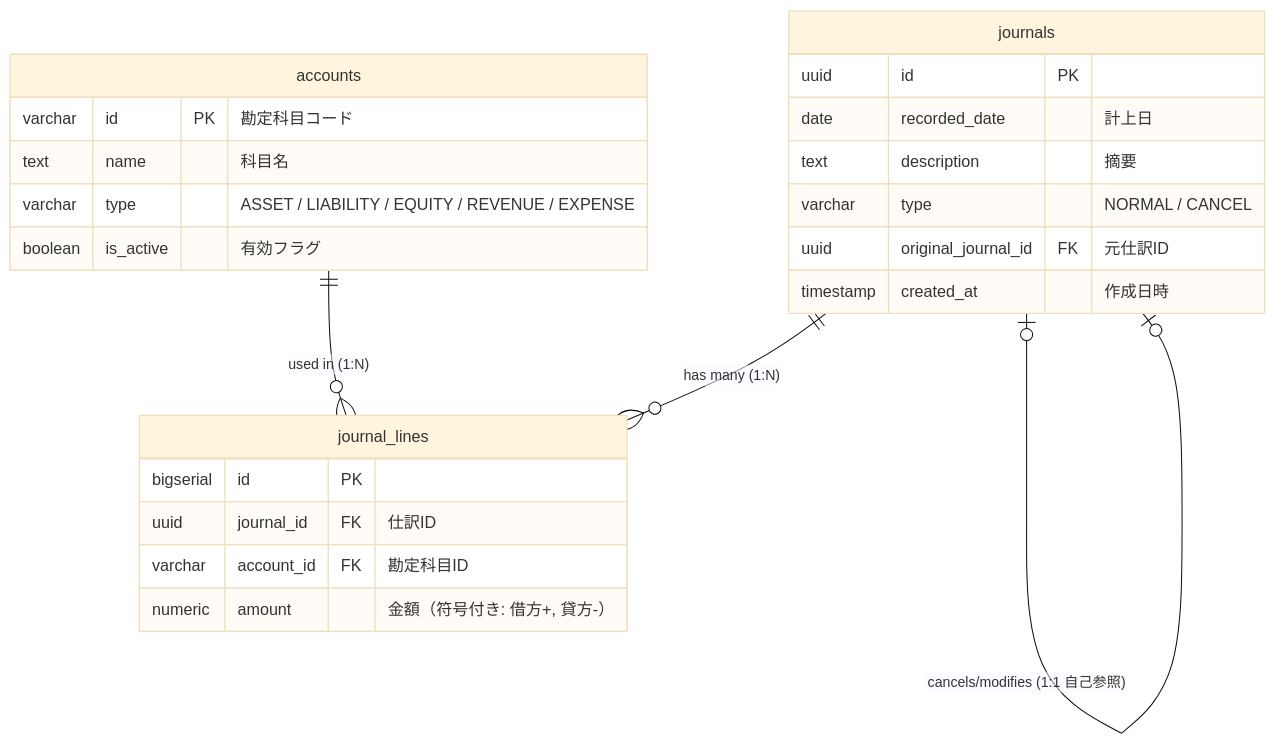
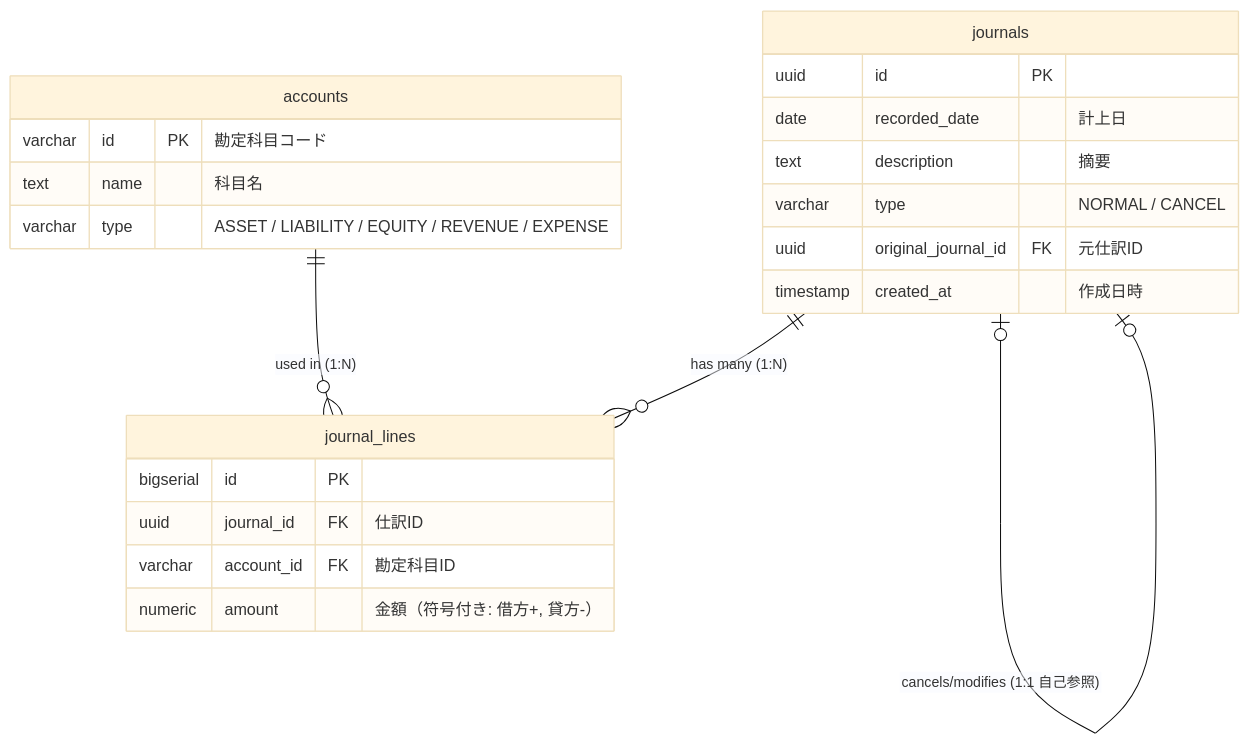
Before and after one commit to akihirotakeda1111/journal-app: the diagram in README.md, drawn with Mermaid (base theme).

Commit message:
update(README):ERの誤り修正

````diff
--- a/README.md
+++ b/README.md
@@ -3,29 +3,28 @@
 ```mermaid
 erDiagram
     journals ||--o{ journal_lines : "has many (1:N)"
     journals |o--o| journals : "cancels/modifies (1:1 自己参照)"
     accounts ||--o{ journal_lines : "used in (1:N)"
 
     journals {
         uuid id PK
         date recorded_date "計上日"
         text description "摘要"
         varchar type "NORMAL / CANCEL"
         uuid original_journal_id FK "元仕訳ID"
         timestamp created_at "作成日時"
     }
 
     journal_lines {
         bigserial id PK
         uuid journal_id FK "仕訳ID"
         varchar account_id FK "勘定科目ID"
         numeric amount "金額（符号付き: 借方+, 貸方-）"
     }
 
     accounts {
         varchar id PK "勘定科目コード"
         text name "科目名"
         varchar type "ASSET / LIABILITY / EQUITY / REVENUE / EXPENSE"
-        boolean is_active "有効フラグ"
     }
 ```
````
